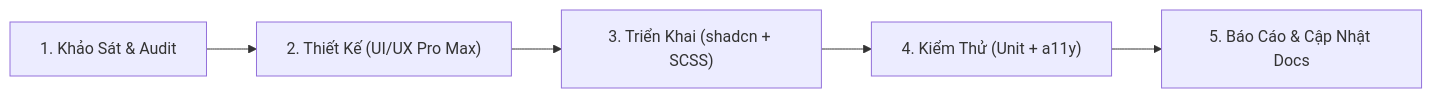
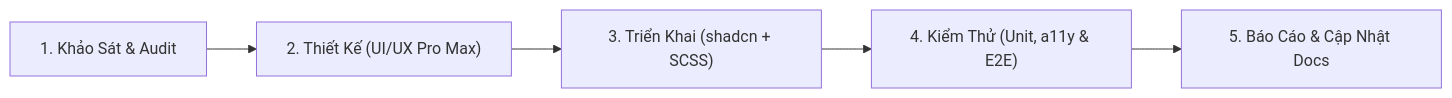
One commit to Exorcist11/chickie-studio changed the diagram in docs/UI_UX_ENGINEERING_RULES.md. Above: the diagram before and after it, drawn with Mermaid. The commit also changed other lines of this file and 18 other files, not shown here.

First line of the commit message:
test: tích hợp Playwright E2E UI testing và cập nhật quy chuẩn kiểm thử toàn dự án

````diff
--- a/docs/UI_UX_ENGINEERING_RULES.md
+++ b/docs/UI_UX_ENGINEERING_RULES.md
@@ -146,7 +146,7 @@
 ```mermaid
 flowchart LR
     A["1. Khảo Sát & Audit"] --> B["2. Thiết Kế (UI/UX Pro Max)"]
     B --> C["3. Triển Khai (shadcn + SCSS)"]
-    C --> D["4. Kiểm Thử (Unit + a11y)"]
+    C --> D["4. Kiểm Thử (Unit, a11y & E2E)"]
     D --> E["5. Báo Cáo & Cập Nhật Docs"]
 ```
````
